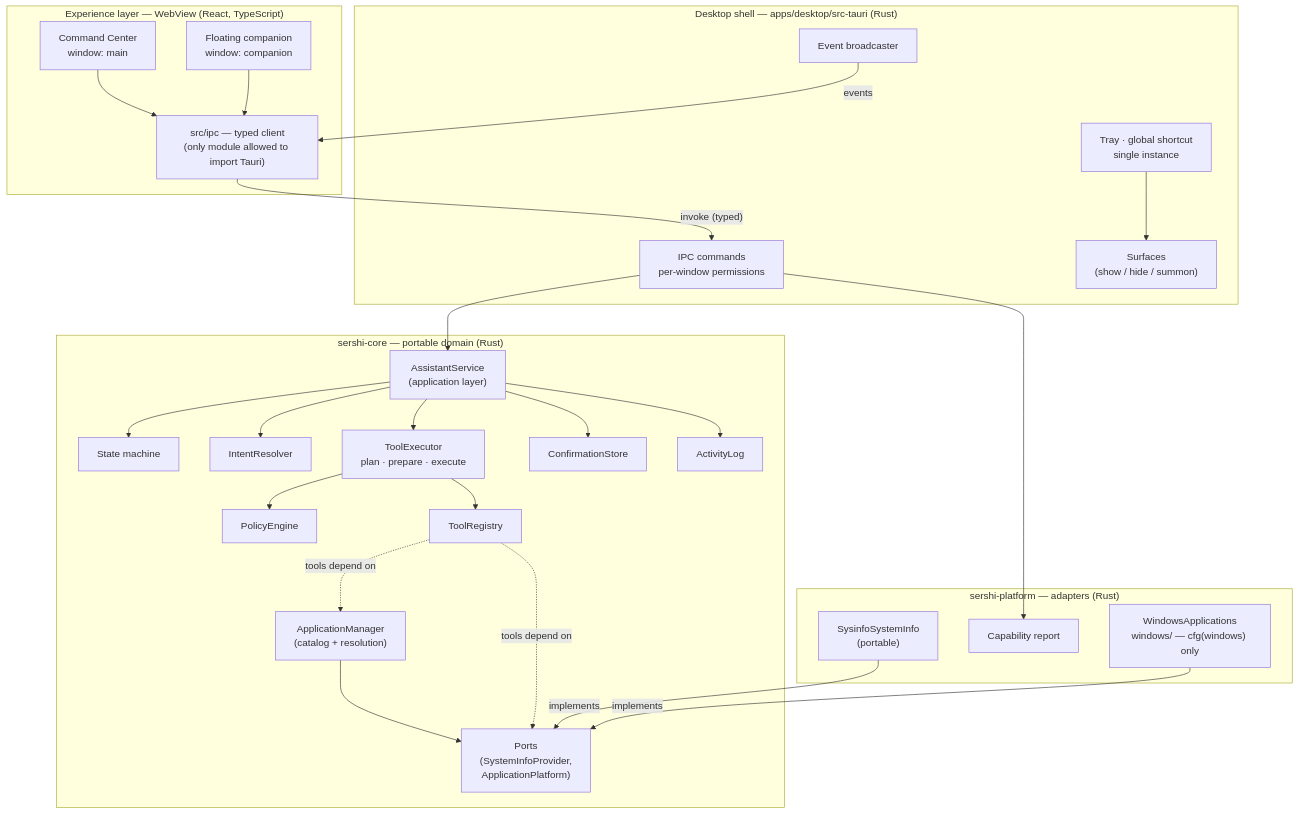
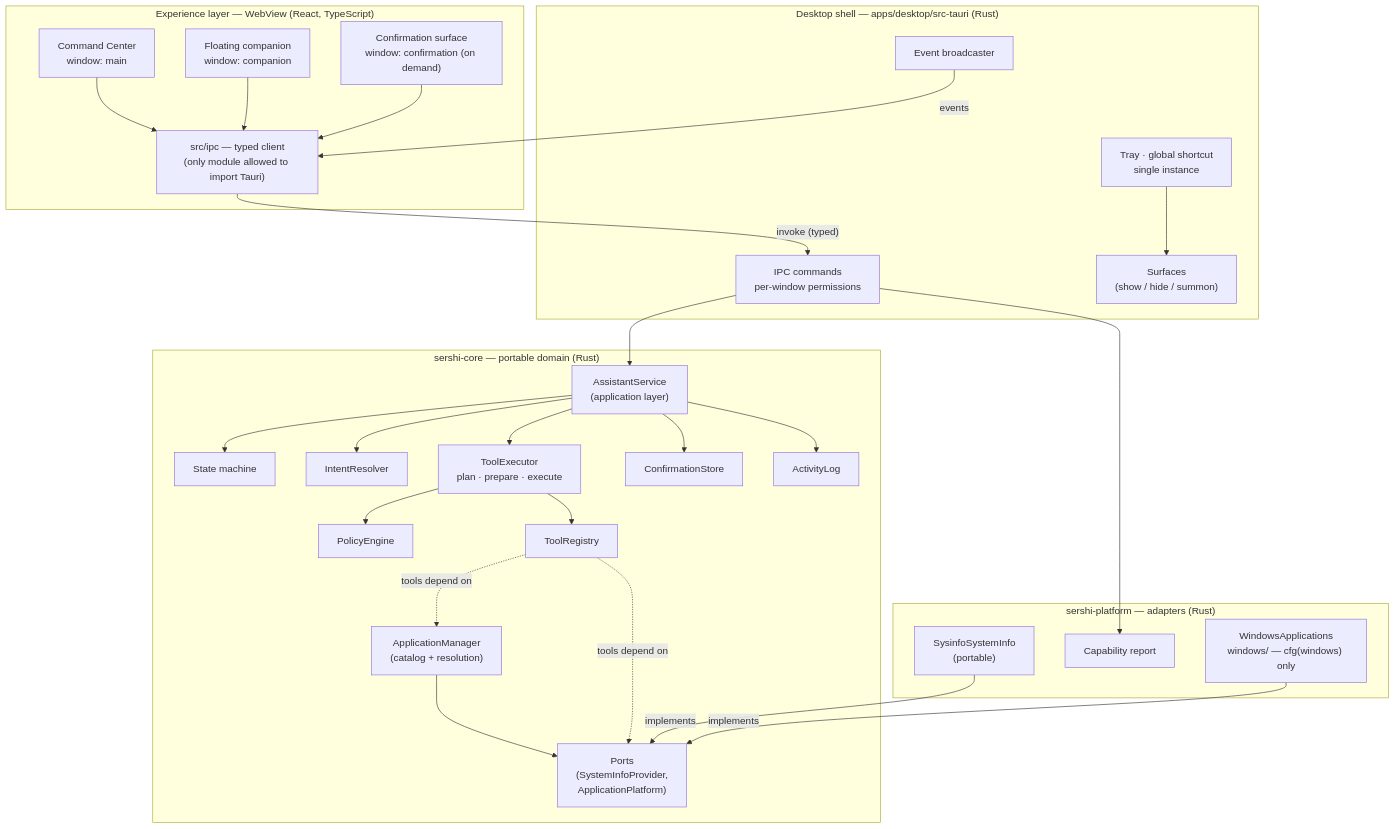
The first of 4 diagrams in docs/ARCHITECTURE.md (jpablortiz96/SERSHI), drawn with Mermaid before and after one commit. The commit also changed other lines of this file and 12 other files, not shown here.

````diff
--- a/docs/ARCHITECTURE.md
+++ b/docs/ARCHITECTURE.md
@@ -13,49 +15,51 @@
 ```mermaid
 flowchart TB
     subgraph UI["Experience layer — WebView (React, TypeScript)"]
         CC["Command Center<br/>window: main"]
         CO["Floating companion<br/>window: companion"]
+        CF["Confirmation surface<br/>window: confirmation (on demand)"]
         IPCC["src/ipc — typed client<br/>(only module allowed to import Tauri)"]
         CC --> IPCC
         CO --> IPCC
+        CF --> IPCC
     end
 
     subgraph Shell["Desktop shell — apps/desktop/src-tauri (Rust)"]
         CMD["IPC commands<br/>per-window permissions"]
         EV["Event broadcaster"]
         WIN["Surfaces<br/>(show / hide / summon)"]
         TRAY["Tray · global shortcut<br/>single instance"]
     end
 
     subgraph Core["sershi-core — portable domain (Rust)"]
         SVC["AssistantService<br/>(application layer)"]
         SM["State machine"]
         INT["IntentResolver"]
         EXE["ToolExecutor<br/>plan · prepare · execute"]
         CONF["ConfirmationStore"]
         APPS["ApplicationManager<br/>(catalog + resolution)"]
         POL["PolicyEngine"]
         REG["ToolRegistry"]
         ACT["ActivityLog"]
         PORTS["Ports<br/>(SystemInfoProvider,<br/>ApplicationPlatform)"]
     end
 
     subgraph Platform["sershi-platform — adapters (Rust)"]
         SYS["SysinfoSystemInfo<br/>(portable)"]
         CAP["Capability report"]
         WINMOD["WindowsApplications<br/>windows/ — cfg(windows) only"]
     end
 
     IPCC -- "invoke (typed)" --> CMD
     EV -- "events" --> IPCC
     CMD --> SVC
     SVC --> SM & INT & EXE & ACT & CONF
     EXE --> POL & REG
     REG -. "tools depend on" .-> APPS
     APPS --> PORTS
     REG -. "tools depend on" .-> PORTS
     SYS -- implements --> PORTS
     WINMOD -- implements --> PORTS
     TRAY --> WIN
     CMD --> CAP
 ```
````
